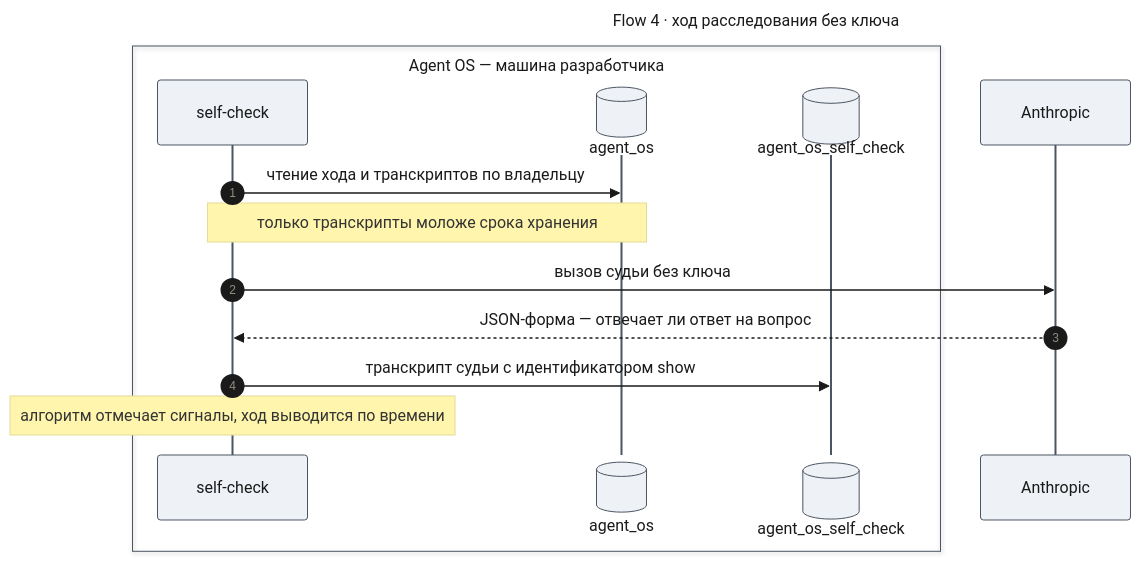
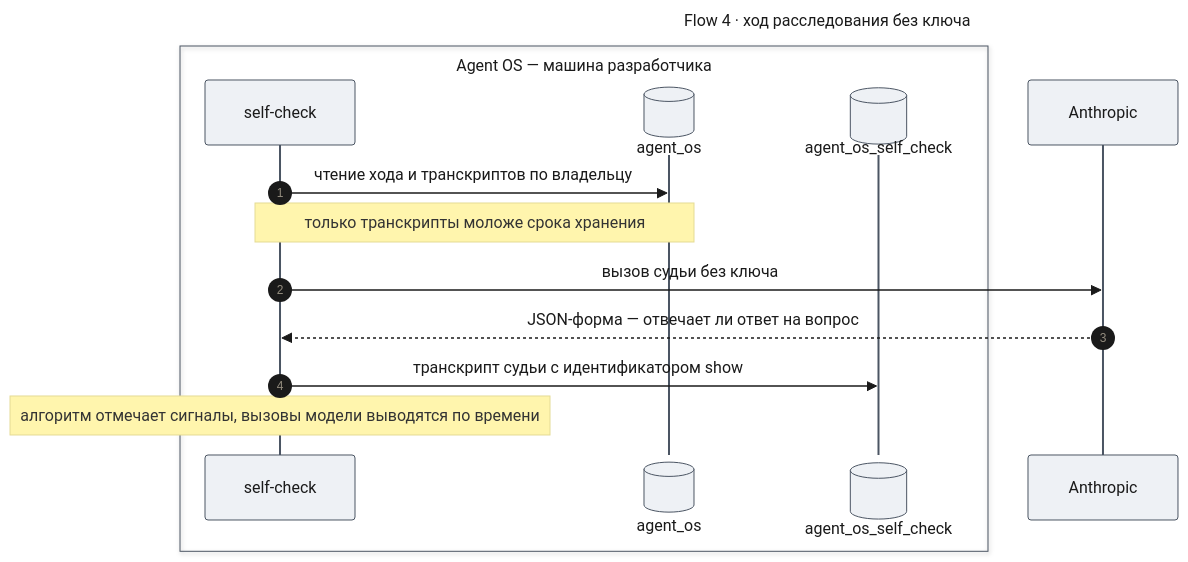
One commit to tundraray/agent-os changed diagram 12 of 13 in docs/features/agent-quality/design-self-check.md. Above: the diagram before and after it, drawn with Mermaid. The commit also changed other lines of this file, not shown here.

````diff
--- a/docs/features/agent-quality/design-self-check.md
+++ b/docs/features/agent-quality/design-self-check.md
@@ -856,34 +860,34 @@
 ```mermaid
 ---
 title: "Flow 4 · ход расследования без ключа"
 config:
   theme: base
   look: classic
   themeVariables:
     primaryColor: "#eef1f5"
     primaryBorderColor: "#4b5563"
     primaryTextColor: "#1a1a1a"
     lineColor: "#6b7280"
   themeCSS: |
     @keyframes lit_f4{0%,22.5%{stroke:#991b1b;stroke-width:6px}25%,100%{stroke:#37474f;stroke-width:2px}}
     @keyframes litr_f4{0%,22.5%{stroke:#1d4ed8;stroke-width:6px}25%,100%{stroke:#37474f;stroke-width:2px}}
     .messageLine0[data-id='i1'],.messageLine1[data-id='i1']{animation:litr_f4 4.8s linear 0s infinite}
     .messageLine0[data-id='i3'],.messageLine1[data-id='i3']{animation:litr_f4 4.8s linear 1.2s infinite}
     .messageLine0[data-id='i4'],.messageLine1[data-id='i4']{animation:litr_f4 4.8s linear 2.4s infinite}
     .messageLine0[data-id='i5'],.messageLine1[data-id='i5']{animation:lit_f4 4.8s linear 3.6s infinite}
 ---
 sequenceDiagram
     autonumber
     box Agent OS — машина разработчика
         participant SC as self-check
         participant M@{ "type": "database" } as agent_os
         participant DB@{ "type": "database" } as agent_os_self_check
     end
     participant A as Anthropic
     SC->>M: чтение хода и транскриптов по владельцу
     Note over SC,M: только транскрипты моложе срока хранения
     SC->>A: вызов судьи без ключа
     A-->>SC: JSON-форма — отвечает ли ответ на вопрос
     SC->>DB: транскрипт судьи с идентификатором show
-    Note over SC: алгоритм отмечает сигналы, ход выводится по времени
+    Note over SC: алгоритм отмечает сигналы, вызовы модели выводятся по времени
 ```
````
